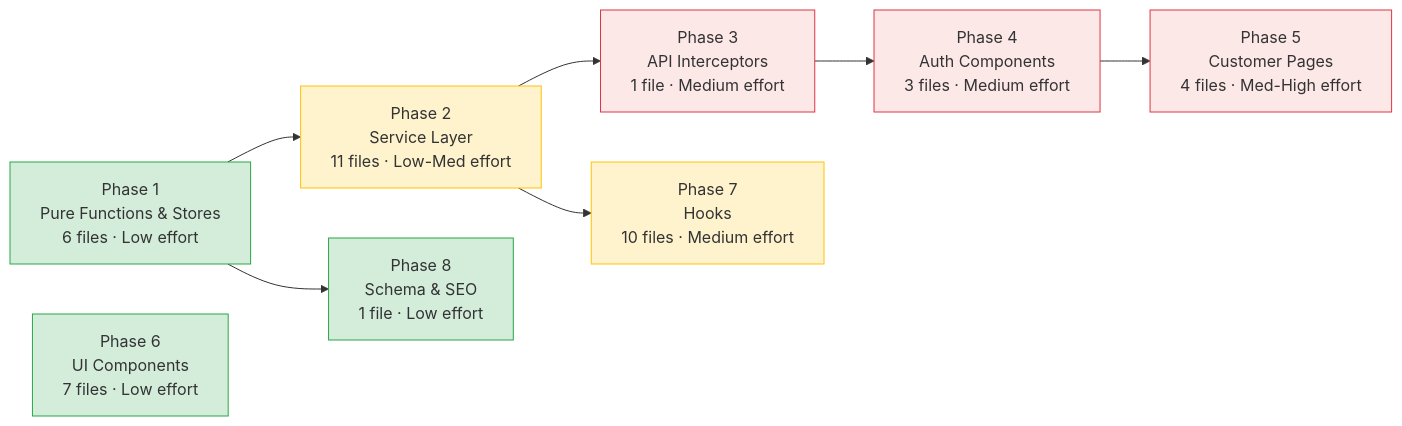
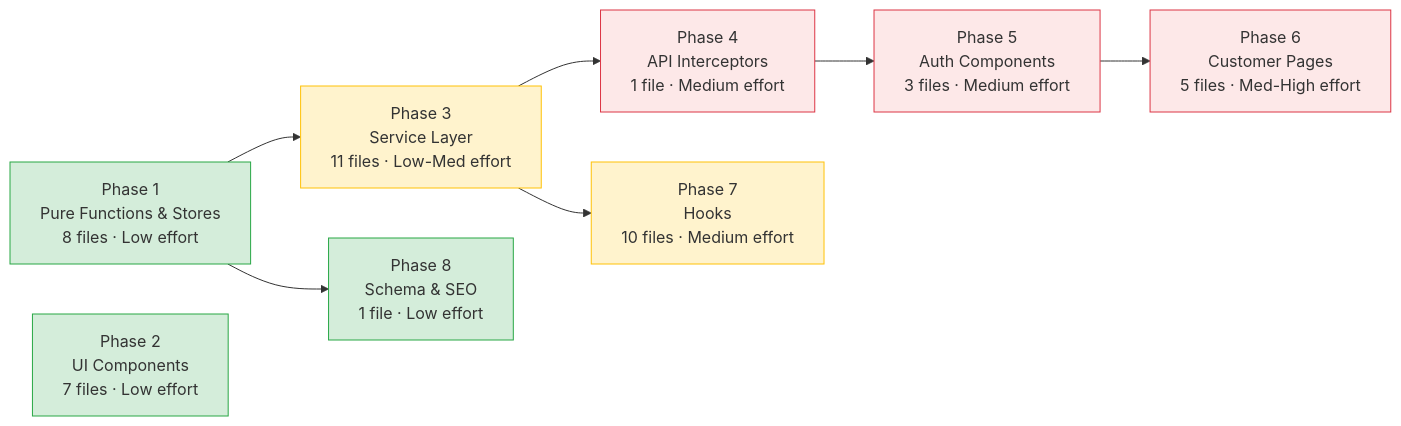
One commit to conectionist/online_shop_business_frontend changed the diagram in docs/todo/TESTING_IMPLEMENTATION_PLAN.md. Above: the diagram before and after it, drawn with Mermaid. The commit also changed other lines of this file, not shown here.

````diff
--- a/docs/todo/TESTING_IMPLEMENTATION_PLAN.md
+++ b/docs/todo/TESTING_IMPLEMENTATION_PLAN.md
@@ -795,27 +889,27 @@
 ```mermaid
 graph LR
-    P1["Phase 1<br>Pure Functions & Stores<br>6 files · Low effort"]
-    P2["Phase 2<br>Service Layer<br>11 files · Low-Med effort"]
-    P3["Phase 3<br>API Interceptors<br>1 file · Medium effort"]
-    P4["Phase 4<br>Auth Components<br>3 files · Medium effort"]
-    P5["Phase 5<br>Customer Pages<br>4 files · Med-High effort"]
-    P6["Phase 6<br>UI Components<br>7 files · Low effort"]
+    P1["Phase 1<br>Pure Functions & Stores<br>8 files · Low effort"]
+    P2["Phase 2<br>UI Components<br>7 files · Low effort"]
+    P3["Phase 3<br>Service Layer<br>11 files · Low-Med effort"]
+    P4["Phase 4<br>API Interceptors<br>1 file · Medium effort"]
+    P5["Phase 5<br>Auth Components<br>3 files · Medium effort"]
+    P6["Phase 6<br>Customer Pages<br>5 files · Med-High effort"]
     P7["Phase 7<br>Hooks<br>10 files · Medium effort"]
     P8["Phase 8<br>Schema & SEO<br>1 file · Low effort"]
 
-    P1 --> P2
-    P2 --> P3
+    P1 --> P3
     P3 --> P4
     P4 --> P5
-    P2 --> P7
+    P5 --> P6
+    P3 --> P7
     P1 --> P8
 
     style P1 fill:#d4edda,stroke:#28a745
-    style P6 fill:#d4edda,stroke:#28a745
+    style P2 fill:#d4edda,stroke:#28a745
     style P8 fill:#d4edda,stroke:#28a745
-    style P2 fill:#fff3cd,stroke:#ffc107
+    style P3 fill:#fff3cd,stroke:#ffc107
     style P7 fill:#fff3cd,stroke:#ffc107
-    style P3 fill:#fde8e8,stroke:#dc3545
     style P4 fill:#fde8e8,stroke:#dc3545
     style P5 fill:#fde8e8,stroke:#dc3545
+    style P6 fill:#fde8e8,stroke:#dc3545
 ```
````
